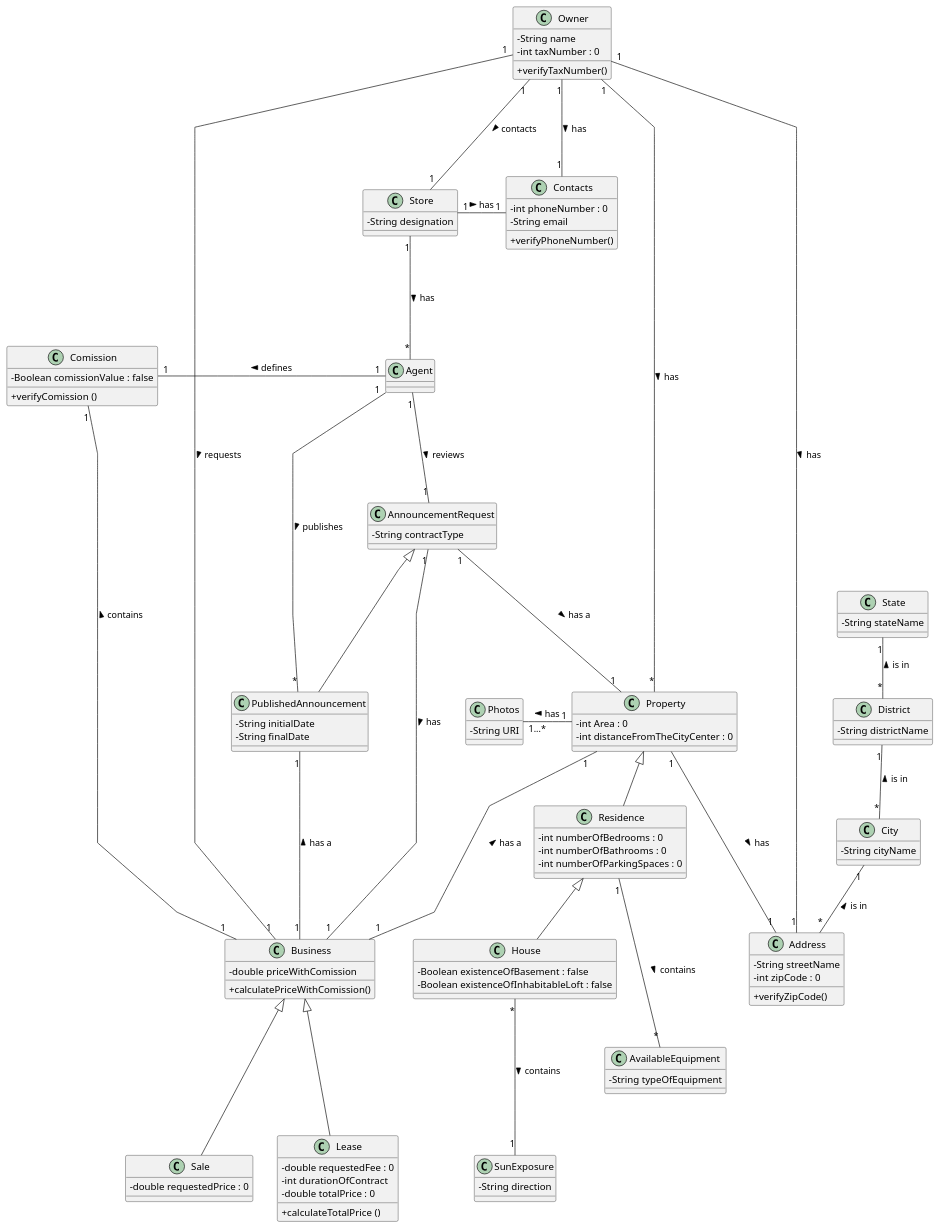
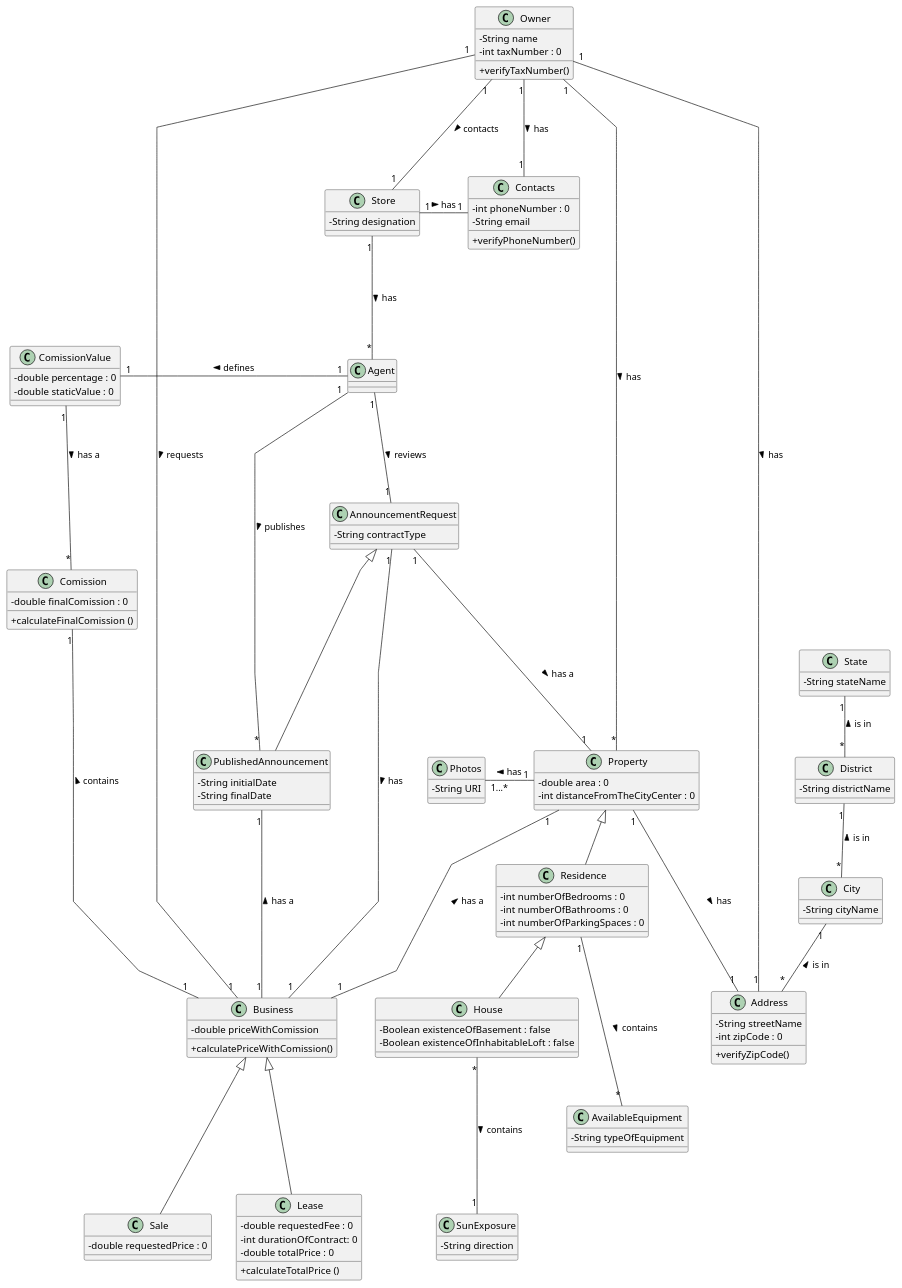
Before and after one commit to PureNimble/ISEP-LAPR2: the diagram in docs/sprintB/US02/03.design/puml/us02-class-diagram.puml, drawn with PlantUML. The commit also changed 1 other file, not shown here.

Commit message:
domain module correction and class diagram

```diff
--- a/docs/sprintB/US02/03.design/puml/us02-class-diagram.puml
+++ b/docs/sprintB/US02/03.design/puml/us02-class-diagram.puml
@@ -65,7 +65,7 @@
 }
 
 class Property {
-    - int Area : 0
+    - double area : 0
     - int distanceFromTheCityCenter : 0
 }
 
@@ -89,11 +89,15 @@
 
 
 class Comission{
-    - Boolean comissionValue : false
+    - double finalComission : 0
 
-    +verifyComission ()
+    + calculateFinalComission ()
 }
 
+class ComissionValue {
+    - double percentage : 0
+    - double staticValue : 0
+}
 
 class Sale{
     - double requestedPrice : 0
@@ -101,7 +105,7 @@
 
 class Lease {
     - double requestedFee : 0
-    - int durationOfContract
+    - int durationOfContract: 0
     - double totalPrice : 0
 
     +calculateTotalPrice ()
@@ -137,8 +141,9 @@
 AvailableEquipment "*" -up-- "1" Residence: contains <
 
 
-Comission "1" -right-- "1" Agent: defines <
+ComissionValue "1" -right-- "1" Agent: defines <
 Comission "1" --- "1" Business: contains <
+ComissionValue "1" --- "*" Comission : has a >
 Owner "1" --- "1" Business: requests >
 Property "1" --- "1" Business: has a <
 AnnouncementRequest "1" --- "1" Business: has >
@@ -150,118 +155,4 @@
 Business <|--- Lease
 Business <|--- Sale
 
-
-
-'class UserSession
-'{
-'    + getUserEmail()
-'}
-'
-'class Employee {
-'    - name
-'    - email
-'    - position
-'    - phone
-'}
-'
-'class Task {
-'    - String reference
-'    - String description
-'    - String informalDescription
-'    - String technicalDescription
-'    - Integer duration
-'    - Double cost
-'
-'    + Task(reference, description,\ninformalDescription, technicalDescription,\nduration, cost, createdBy, taskCategory)
-'}
-'
-'class TaskCategory {
-'    - String description
-'
-'    + TaskCategory(description)
-'}
-'
-'class Organization {
-'    - String name
-'    - String vatNumber
-'    - String website
-'    - String phone
-'    - String email
-'
-'    - addTask(task)
-'    - validateTask(task)
-'    + anyEmployeeHasEmail(email)
-'    + Organization(name, vatNumber, webSite, phone, email, postalAddress, manager)
-'    + createTask(reference, description, informalDesccription,\ntechnicalDescription, duration, cost, taskCategoryDescription)
-'    - getEmployeeByEmail(email)
-'
-''  +saveTask(task)
-'}
-'
-'class TaskCategoryRepository {
-'    + getTaskCategoryByDescription(description)
-'}
-'
-'class OrganizationRepository {
-'    + getOrganizationByEmployeeEmail(email)
-'}
-'
-'class Repositories {
-'    - Repositories()
-'    + getInstance() : Repositories
-'    + getTaskCategoryRepository()
-'    + getOrganizationRepository()
-'}
-'
-'class CreateTaskController {
-'    + CreateTaskController(organizationRepository, taskCategoryRepository)
-'    + getTaskCategories()
-'    + createTask(userEmail, reference, description,\ninformalDescription, technicalDescription,\nduration, cost, categoryDescription)
-'    - getTaskCategoryByDescription(taskCategoryDescription)
-'    - getEmployeeFromSession()
-'}
-'
-'note right of CreateTaskController
-'    - userEmail is obtained
-'    from the user session
-'    - categoryDescription
-'    is retrieved from selected data
-'end note
-'
-'note bottom of TaskCategoryRepository
-'    - used for displaying
-'    the category list
-'end note
-'
-'class CreateTaskUI {
-'}
-'
-'Repositories -> Repositories : instance
-'ApplicationSession -> ApplicationSession : instance
-'
-'CreateTaskUI .> CreateTaskController
-'
-'CreateTaskController .> Repositories : repositories
-'
-'Repositories -> "1" TaskCategoryRepository
-'
-'CreateTaskController ..> TaskCategory
-'CreateTaskController ..> OrganizationRepository : organizationRepository
-'CreateTaskController ..> TaskCategoryRepository : TaskCategoryRepository
-'
-'Repositories --> "1" OrganizationRepository
-'
-'OrganizationRepository --> "*" Organization
-'ApplicationSession --> "1" UserSession : userSession
-'
-'CreateTaskController ..> "1" Organization : organization
-'CreateTaskController ..> ApplicationSession
-'CreateTaskController ..> UserSession
-'Task "*" --> "1" TaskCategory : taskCategory
-'TaskCategoryRepository "1" --> "*" TaskCategory : taskCategory
-'Organization "1" --> "*" Task : tasks
-'Task --> Employee : createdBy
-'
-'Organization --> "*" Employee : employs
-
 @enduml
```
